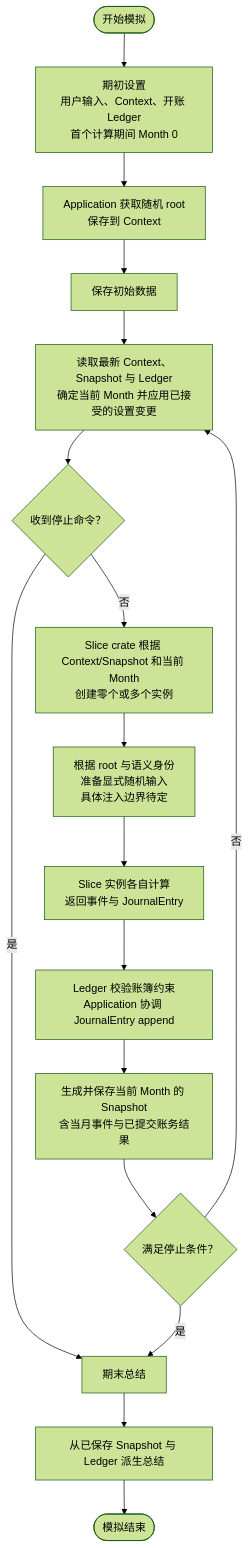
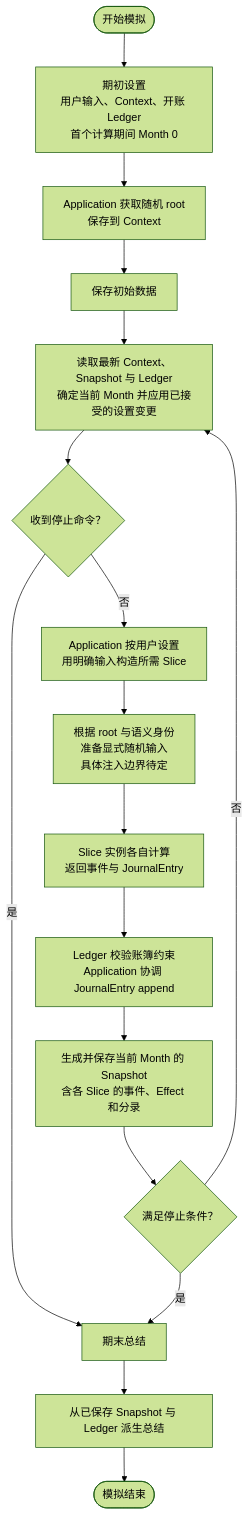
One commit to bearfighting/property-simulator changed the second of 2 diagrams in docs/project-structure.md. Above: the diagram before and after it, drawn with Mermaid (forest theme). The commit also changed other lines of this file and 83 other files, not shown here.

````diff
--- a/docs/project-structure.md
+++ b/docs/project-structure.md
@@ -101,19 +113,19 @@
 ```mermaid
 flowchart TD
     Start([开始模拟]) --> Initial[期初设置<br/>用户输入、Context、开账 Ledger<br/>首个计算期间 Month 0]
     Initial --> Root[Application 获取随机 root<br/>保存到 Context]
     Root --> SaveInitial[保存初始数据]
     SaveInitial --> MonthStart[读取最新 Context、Snapshot 与 Ledger<br/>确定当前 Month 并应用已接受的设置变更]
     MonthStart --> StopCommand{收到停止命令？}
     StopCommand -- 是 --> Summary[期末总结]
-    StopCommand -- 否 --> Create[Slice crate 根据 Context/Snapshot 和当前 Month<br/>创建零个或多个实例]
+    StopCommand -- 否 --> Create[Application 按用户设置<br/>用明确输入构造所需 Slice]
     Create --> Random[根据 root 与语义身份<br/>准备显式随机输入<br/>具体注入边界待定]
     Random --> Evaluate[Slice 实例各自计算<br/>返回事件与 JournalEntry]
     Evaluate --> Settle[Ledger 校验账簿约束<br/>Application 协调 JournalEntry append]
-    Settle --> Snapshot[生成并保存当前 Month 的 Snapshot<br/>含当月事件与已提交账务结果]
+    Settle --> Snapshot[生成并保存当前 Month 的 Snapshot<br/>含各 Slice 的事件、Effect 和分录]
     Snapshot --> StopCondition{满足停止条件？}
     StopCondition -- 否 --> MonthStart
     StopCondition -- 是 --> Summary
     Summary --> Report[从已保存 Snapshot 与 Ledger 派生总结]
     Report --> End([模拟结束])
 ```
````
